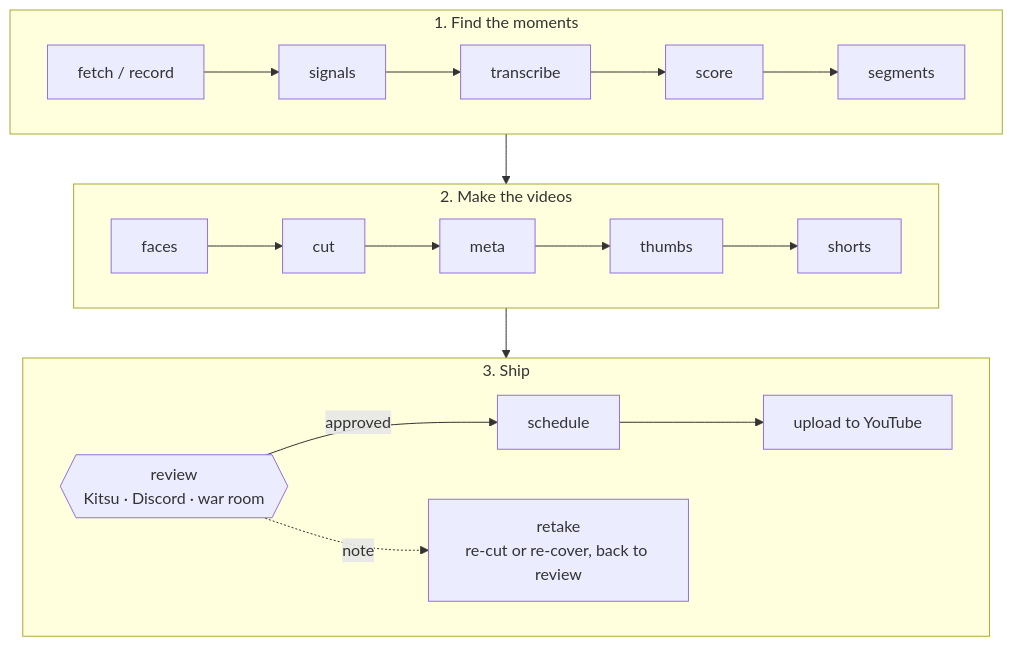
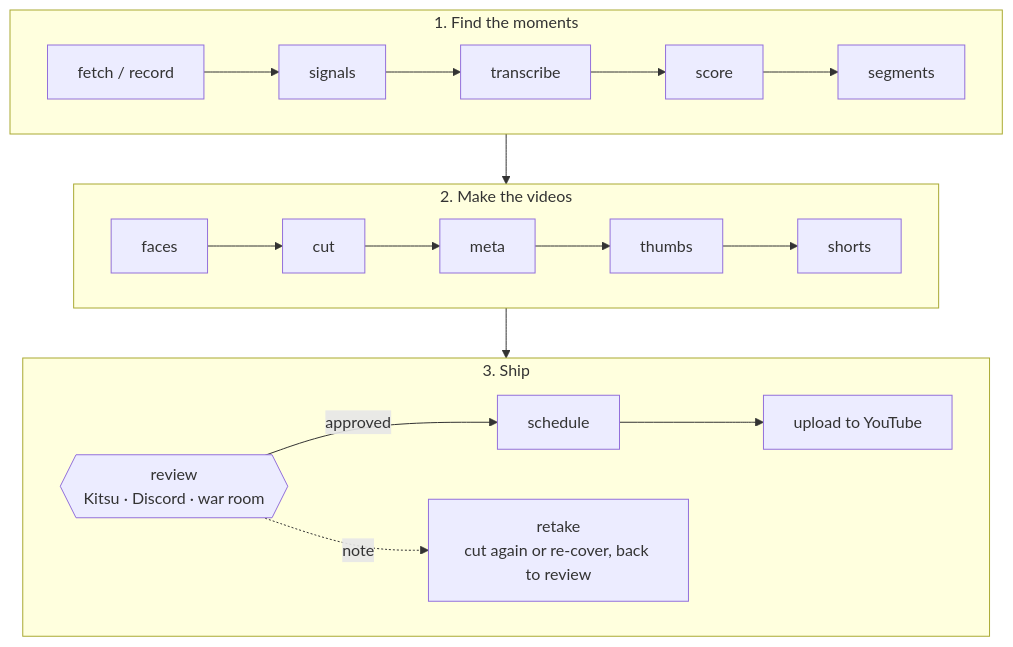
The diagram in docs/wiki/Pipeline.md (byvfx/clippa), drawn with Mermaid before and after one commit. The commit also changed 16 other files, not shown here.

````diff
--- a/docs/wiki/Pipeline.md
+++ b/docs/wiki/Pipeline.md
@@ -3,17 +3,17 @@
 ```mermaid
 flowchart TB
   subgraph find ["1. Find the moments"]
     direction LR
     rec["fetch / record"] --> sig["signals"] --> tr["transcribe"] --> sc["score"] --> seg["segments"]
   end
   subgraph make ["2. Make the videos"]
     direction LR
     fa["faces"] --> cut["cut"] --> me["meta"] --> th["thumbs"] --> sh["shorts"]
   end
   subgraph ship ["3. Ship"]
     direction LR
     rv{{"review<br/>Kitsu · Discord · war room"}} -->|approved| sch["schedule"] --> up["upload to YouTube"]
-    rv -. "note" .-> rt["retake<br/>re-cut or re-cover, back to review"]
+    rv -. "note" .-> rt["retake<br/>cut again or re-cover, back to review"]
   end
   find --> make --> ship
 ```
````
